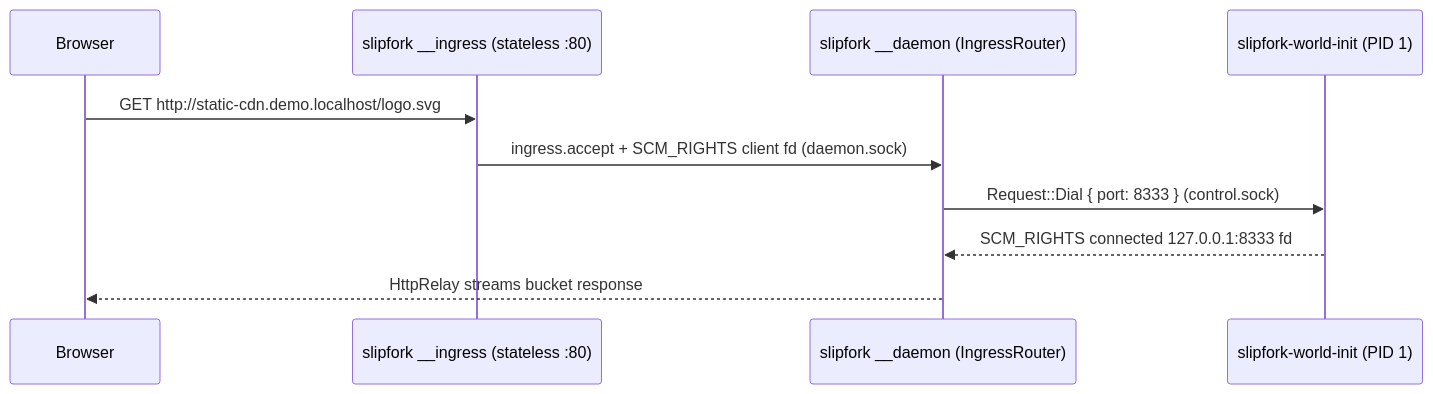
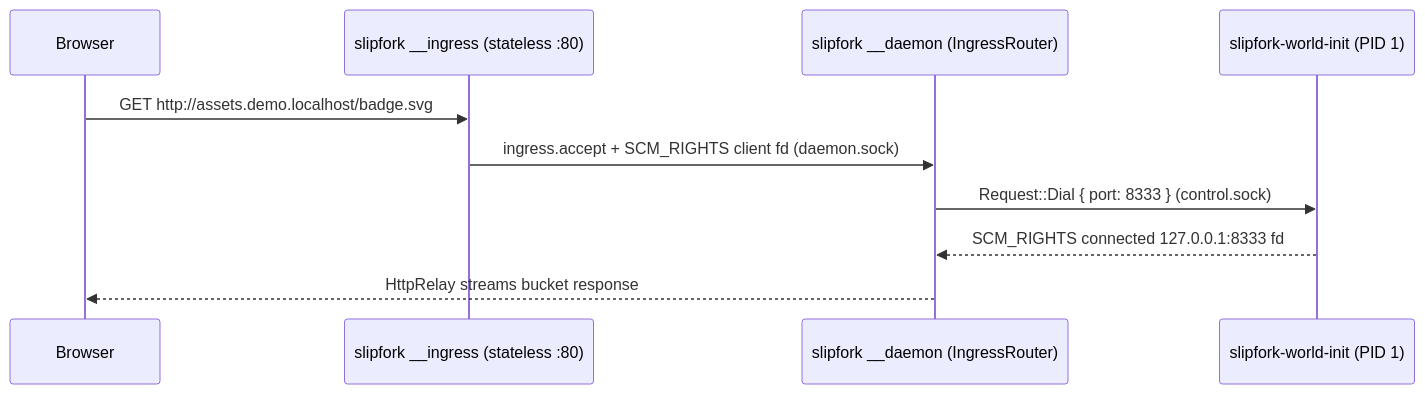
Before and after one commit to OffworldNexus/slipfork: the third of 3 diagrams in ARCHITECTURE.md, drawn with Mermaid. The commit also changed other lines of this file and 20 other files, not shown here.

````diff
--- a/ARCHITECTURE.md
+++ b/ARCHITECTURE.md
@@ -83,12 +83,12 @@
 ```mermaid
 sequenceDiagram
   participant Browser
   participant Ingress as slipfork __ingress (stateless :80)
   participant Daemon as slipfork __daemon (IngressRouter)
   participant Init as slipfork-world-init (PID 1)
-  Browser->>Ingress: GET http://static-cdn.demo.localhost/logo.svg
+  Browser->>Ingress: GET http://assets.demo.localhost/badge.svg
   Ingress->>Daemon: ingress.accept + SCM_RIGHTS client fd (daemon.sock)
   Daemon->>Init: Request::Dial { port: 8333 } (control.sock)
   Init-->>Daemon: SCM_RIGHTS connected 127.0.0.1:8333 fd
   Daemon-->>Browser: HttpRelay streams bucket response
 ```
````
